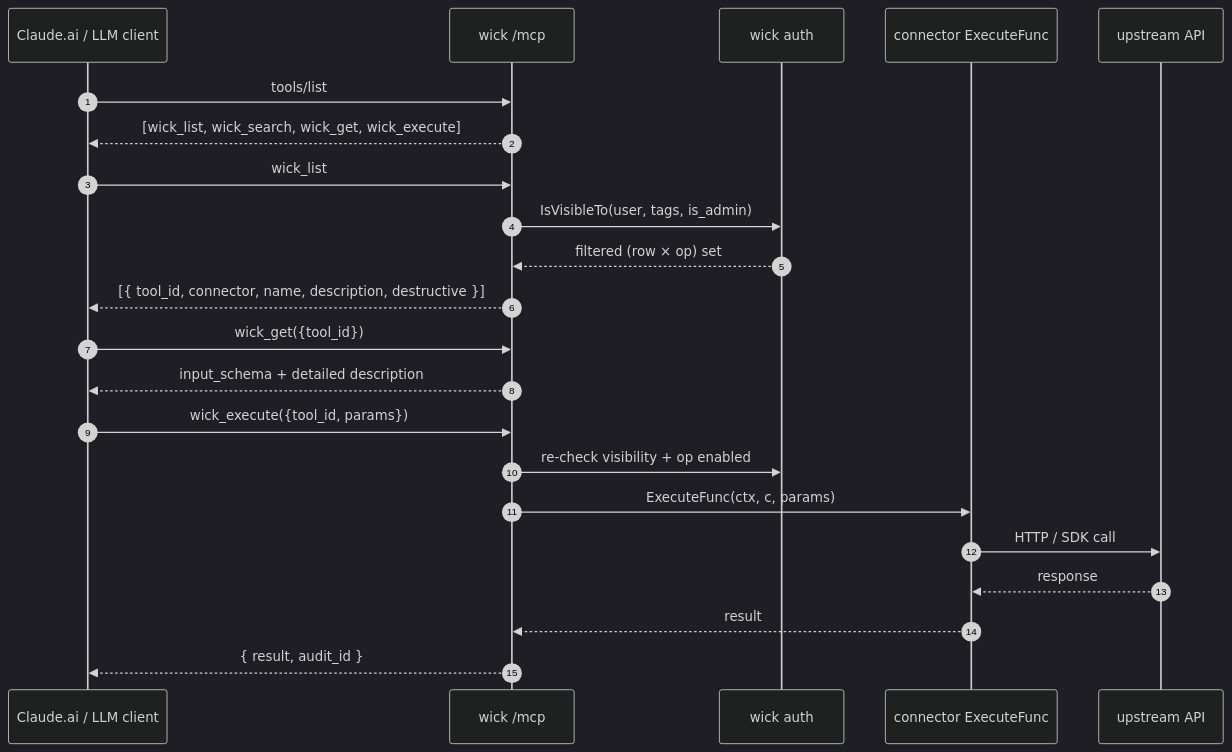
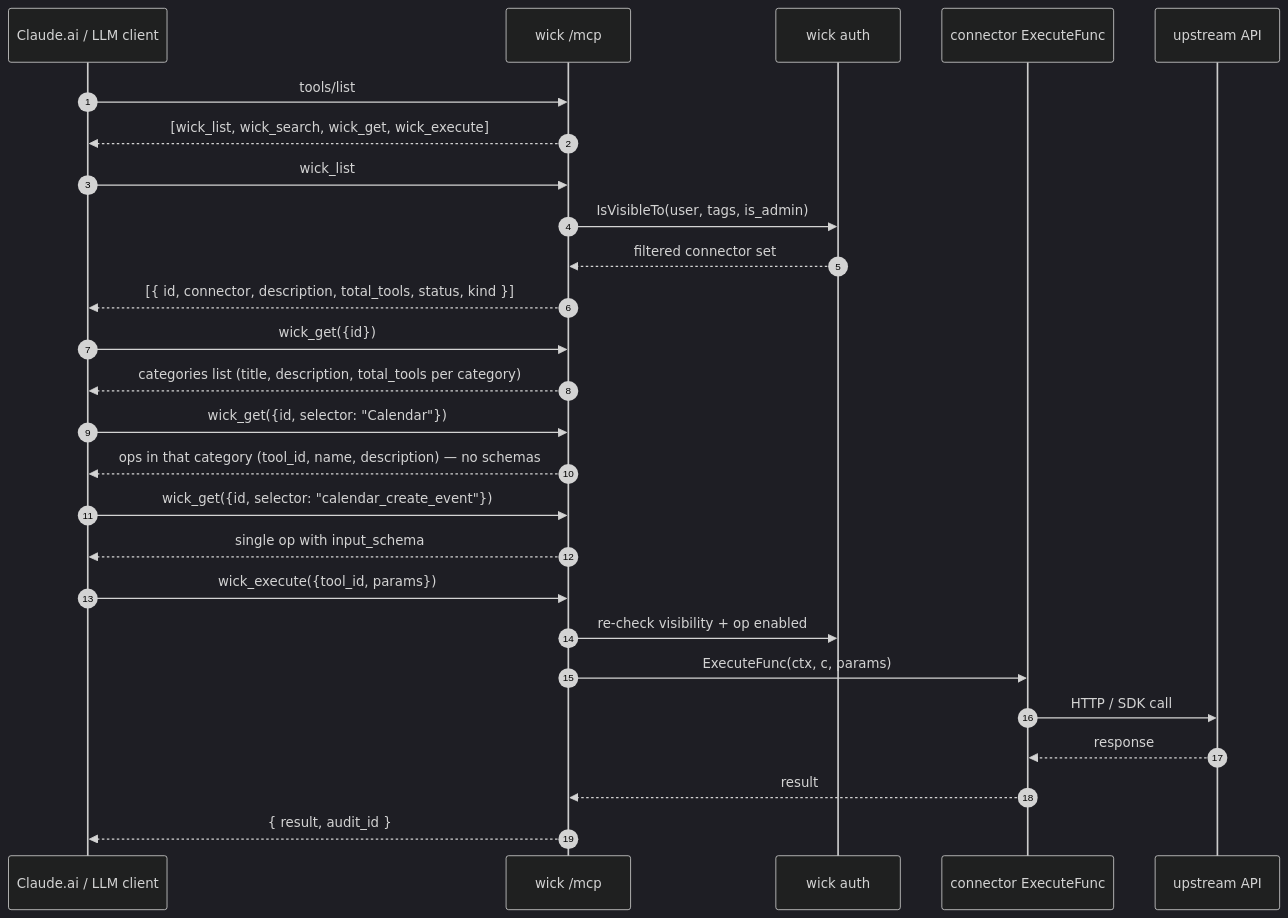
Before and after one commit to yogasw/wick: the first of 2 diagrams in docs/guide/mcp.md, drawn with Mermaid (dark theme). The commit also changed other lines of this file and 32 other files, not shown here.

````diff
--- a/docs/guide/mcp.md
+++ b/docs/guide/mcp.md
@@ -87,25 +89,29 @@
 ```mermaid
 sequenceDiagram
     autonumber
     participant LLM as Claude.ai / LLM client
     participant MCP as wick /mcp
     participant Auth as wick auth
     participant Op as connector ExecuteFunc
     participant API as upstream API
 
     LLM->>MCP: tools/list
     MCP-->>LLM: [wick_list, wick_search, wick_get, wick_execute]
     LLM->>MCP: wick_list
     MCP->>Auth: IsVisibleTo(user, tags, is_admin)
-    Auth-->>MCP: filtered (row × op) set
-    MCP-->>LLM: [{ tool_id, connector, name, description, destructive }]
-    LLM->>MCP: wick_get({tool_id})
-    MCP-->>LLM: input_schema + detailed description
+    Auth-->>MCP: filtered connector set
+    MCP-->>LLM: [{ id, connector, description, total_tools, status, kind }]
+    LLM->>MCP: wick_get({id})
+    MCP-->>LLM: categories list (title, description, total_tools per category)
+    LLM->>MCP: wick_get({id, selector: "Calendar"})
+    MCP-->>LLM: ops in that category (tool_id, name, description) — no schemas
+    LLM->>MCP: wick_get({id, selector: "calendar_create_event"})
+    MCP-->>LLM: single op with input_schema
     LLM->>MCP: wick_execute({tool_id, params})
     MCP->>Auth: re-check visibility + op enabled
     MCP->>Op: ExecuteFunc(ctx, c, params)
     Op->>API: HTTP / SDK call
     API-->>Op: response
     Op-->>MCP: result
     MCP-->>LLM: { result, audit_id }
 ```
````
